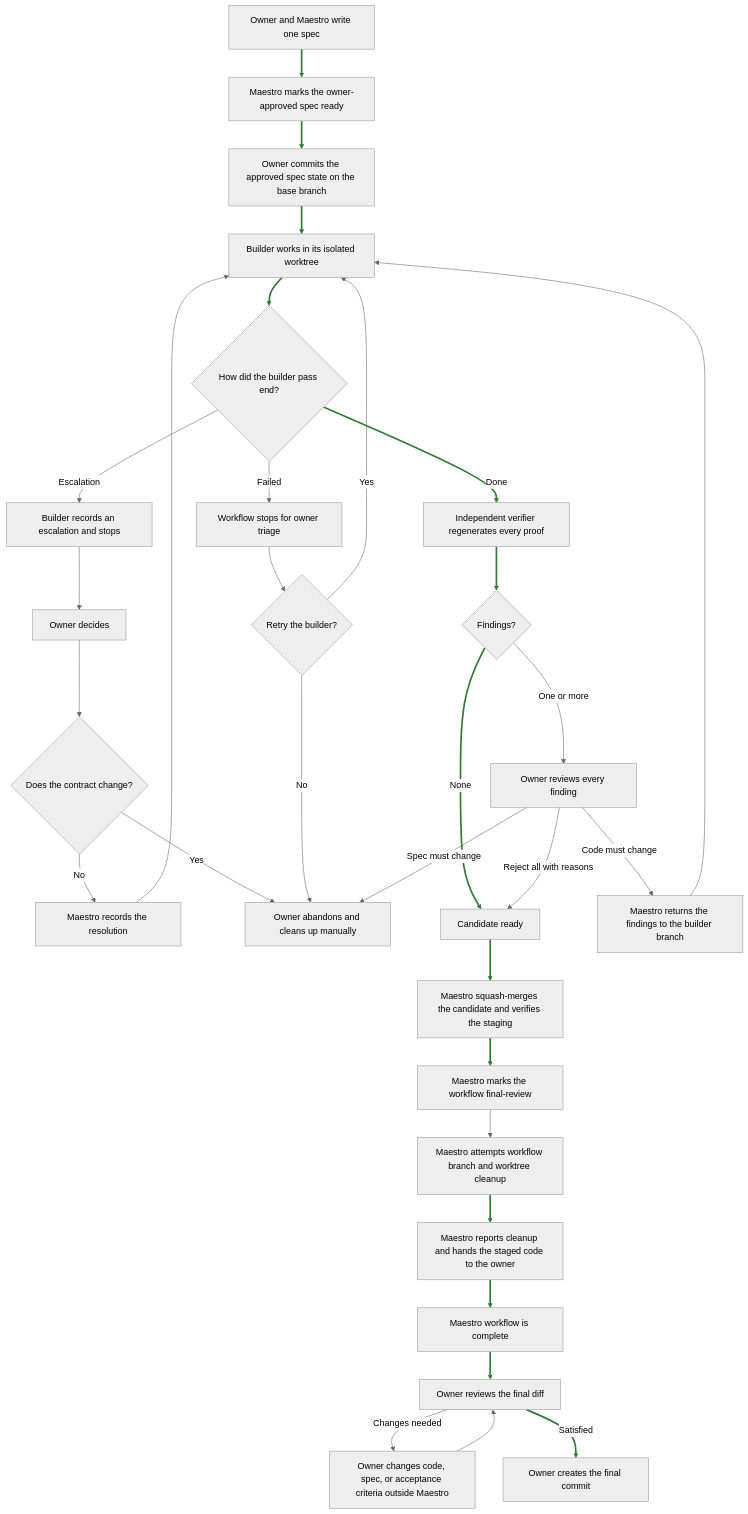
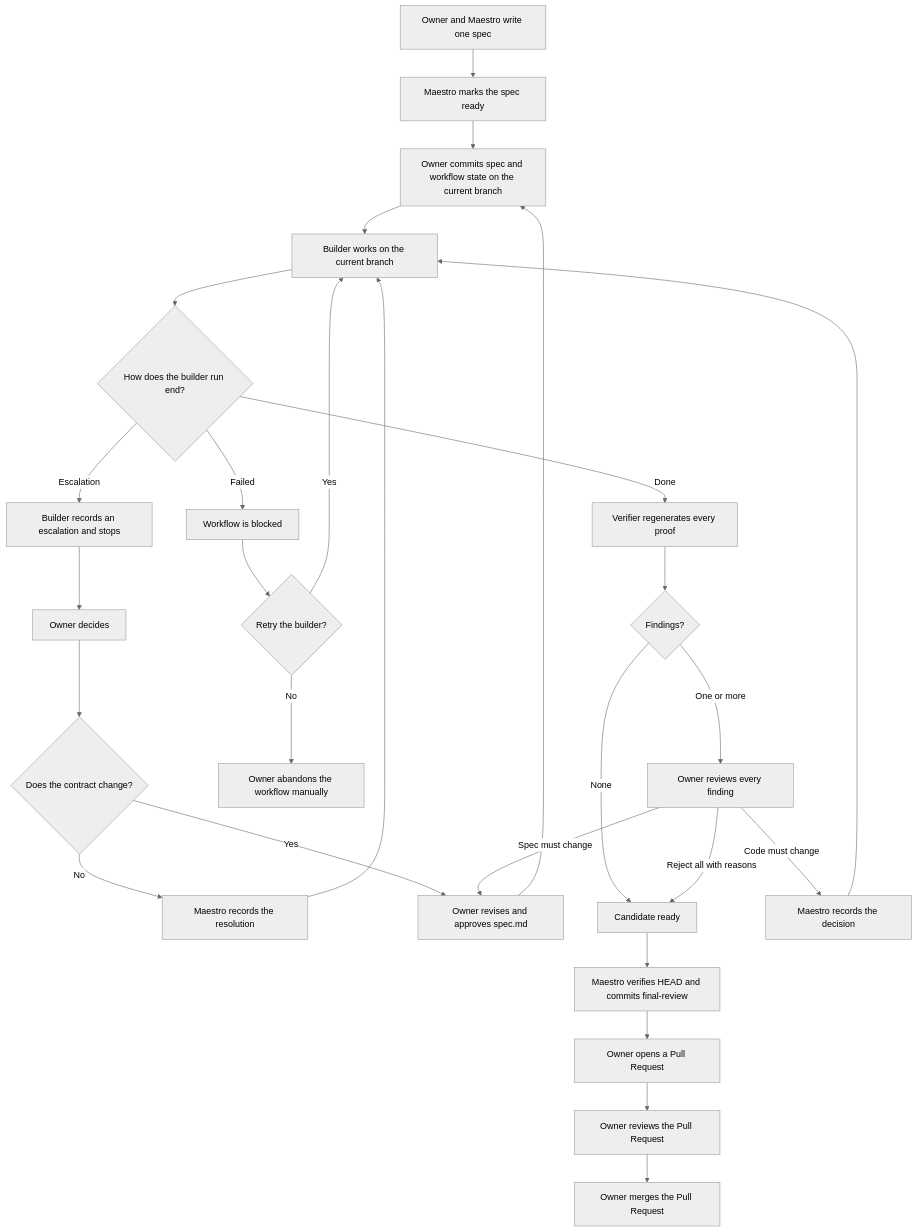
Before and after one commit to emilioSp/pi-maestro: the diagram in docs/workflow.md, drawn with Mermaid (neutral theme). The commit also changed other lines of this file and 19 other files, not shown here.

````diff
--- a/docs/workflow.md
+++ b/docs/workflow.md
@@ -60,50 +78,42 @@
 ```mermaid
 flowchart TD
     spec[Owner and Maestro write one spec]
-    ready[Maestro marks the owner-approved spec ready]
-    approval[Owner commits the approved spec state on the base branch]
-    build[Builder works in its isolated worktree]
-    buildOutcome{How did the builder pass end?}
+    ready[Maestro marks the spec ready]
+    approval[Owner commits spec and workflow state on the current branch]
+    build[Builder works on the current branch]
+    buildOutcome{How does the builder run end?}
 
     spec --> ready
     ready --> approval
     approval --> build
     build --> buildOutcome
 
     buildOutcome -->|Escalation| escalation[Builder records an escalation and stops]
     escalation --> ownerAnswer[Owner decides]
     ownerAnswer --> escalationOutcome{Does the contract change?}
     escalationOutcome -->|No| recordContinue[Maestro records the resolution]
     recordContinue --> build
-    escalationOutcome -->|Yes| manualAbandon[Owner abandons and cleans up manually]
+    escalationOutcome -->|Yes| reviseSpec[Owner revises and approves spec.md]
+    reviseSpec --> approval
 
-    buildOutcome -->|Failed| builderFailed[Workflow stops for owner triage]
+    buildOutcome -->|Failed| builderFailed[Workflow is blocked]
     builderFailed --> retryBuilder{Retry the builder?}
     retryBuilder -->|Yes| build
-    retryBuilder -->|No| manualAbandon
+    retryBuilder -->|No| abandoned[Owner abandons the workflow manually]
 
-    buildOutcome -->|Done| verify[Independent verifier regenerates every proof]
+    buildOutcome -->|Done| verify[Verifier regenerates every proof]
     verify --> findings{Findings?}
 
     findings -->|None| candidate[Candidate ready]
     findings -->|One or more| ownerFindings[Owner reviews every finding]
 
     ownerFindings -->|Reject all with reasons| candidate
-    ownerFindings -->|Code must change| returnBuilder[Maestro returns the findings to the builder branch]
+    ownerFindings -->|Code must change| returnBuilder[Maestro records the decision]
     returnBuilder --> build
+    ownerFindings -->|Spec must change| reviseSpec
 
-    ownerFindings -->|Spec must change| manualAbandon
-
-    candidate --> staged[Maestro squash-merges the candidate and verifies the staging]
-    staged --> finalState[Maestro marks the workflow final-review]
-    finalState --> cleanup[Maestro attempts workflow branch and worktree cleanup]
-    cleanup --> finalSummary[Maestro reports cleanup and hands the staged code to the owner]
-    finalSummary --> workflowDone[Maestro workflow is complete]
-    workflowDone --> humanReview[Owner reviews the final diff]
-
-    humanReview -->|Changes needed| adjust[Owner changes code, spec, or acceptance criteria outside Maestro]
-    adjust --> humanReview
-    humanReview -->|Satisfied| finalCommit[Owner creates the final commit]
-
-    linkStyle 0,1,2,3,14,15,16,22,23,25,26,27,30 stroke:#2e7d32,stroke-width:3px
+    candidate --> finalReview[Maestro verifies HEAD and commits final-review]
+    finalReview --> pullRequest[Owner opens a Pull Request]
+    pullRequest --> ownerReview[Owner reviews the Pull Request]
+    ownerReview --> merge[Owner merges the Pull Request]
 ```
````
